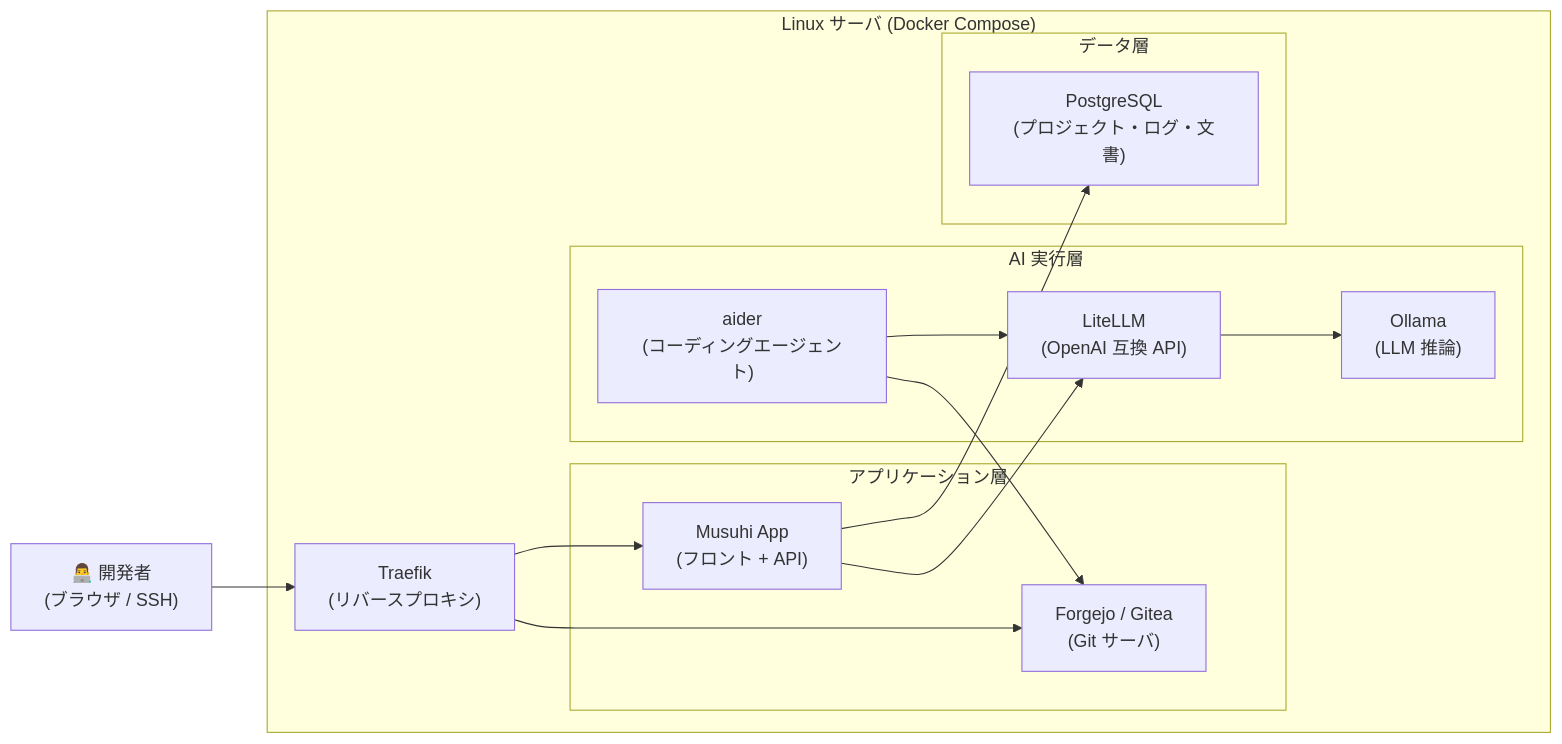
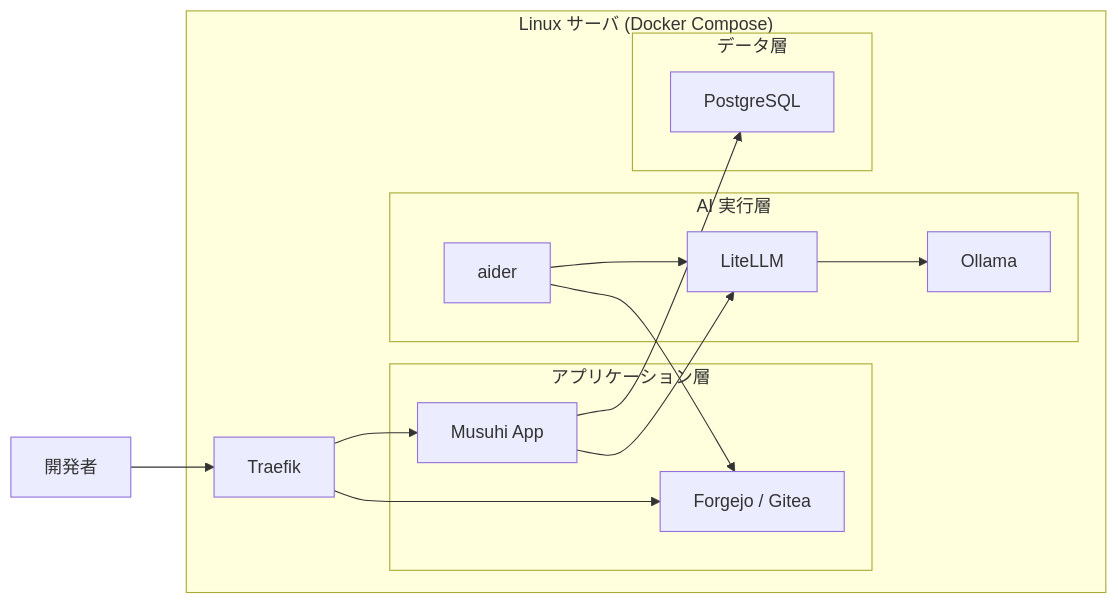
The diagram in _document/002.要件定義フェーズ/002.プロジェクト計画/002-02.Phase別リリース概要.md (BossApe/lo-vibe), drawn with Mermaid before and after one commit. The commit also changed other lines of this file and 6 other files, not shown here.

````diff
--- a/_document/002.要件定義フェーズ/002.プロジェクト計画/002-02.Phase別リリース概要.md
+++ b/_document/002.要件定義フェーズ/002.プロジェクト計画/002-02.Phase別リリース概要.md
@@ -75,32 +37,32 @@
 ```mermaid
 flowchart LR
-    Dev["👨‍💻 開発者<br>(ブラウザ / SSH)"]
+    Dev["開発者"]
 
     subgraph Linux["Linux サーバ (Docker Compose)"]
-        Traefik["Traefik<br>(リバースプロキシ)"]
+        Traefik["Traefik"]
 
         subgraph App["アプリケーション層"]
-            Musuhi["Musuhi App<br>(フロント + API)"]
-            Forgejo["Forgejo / Gitea<br>(Git サーバ)"]
+            Musuhi["Musuhi App"]
+            Forgejo["Forgejo / Gitea"]
         end
 
         subgraph AI["AI 実行層"]
-            LiteLLM["LiteLLM<br>(OpenAI 互換 API)"]
-            Ollama["Ollama<br>(LLM 推論)"]
-            Aider["aider<br>(コーディングエージェント)"]
+            LiteLLM["LiteLLM"]
+            Ollama["Ollama"]
+            Aider["aider"]
         end
 
         subgraph Data["データ層"]
-            PG["PostgreSQL<br>(プロジェクト・ログ・文書)"]
+            PG["PostgreSQL"]
         end
     end
 
     Dev --> Traefik
     Traefik --> Musuhi
     Traefik --> Forgejo
     Musuhi --> LiteLLM
     Musuhi --> PG
     Aider --> LiteLLM
     Aider --> Forgejo
     LiteLLM --> Ollama
 ```
````
